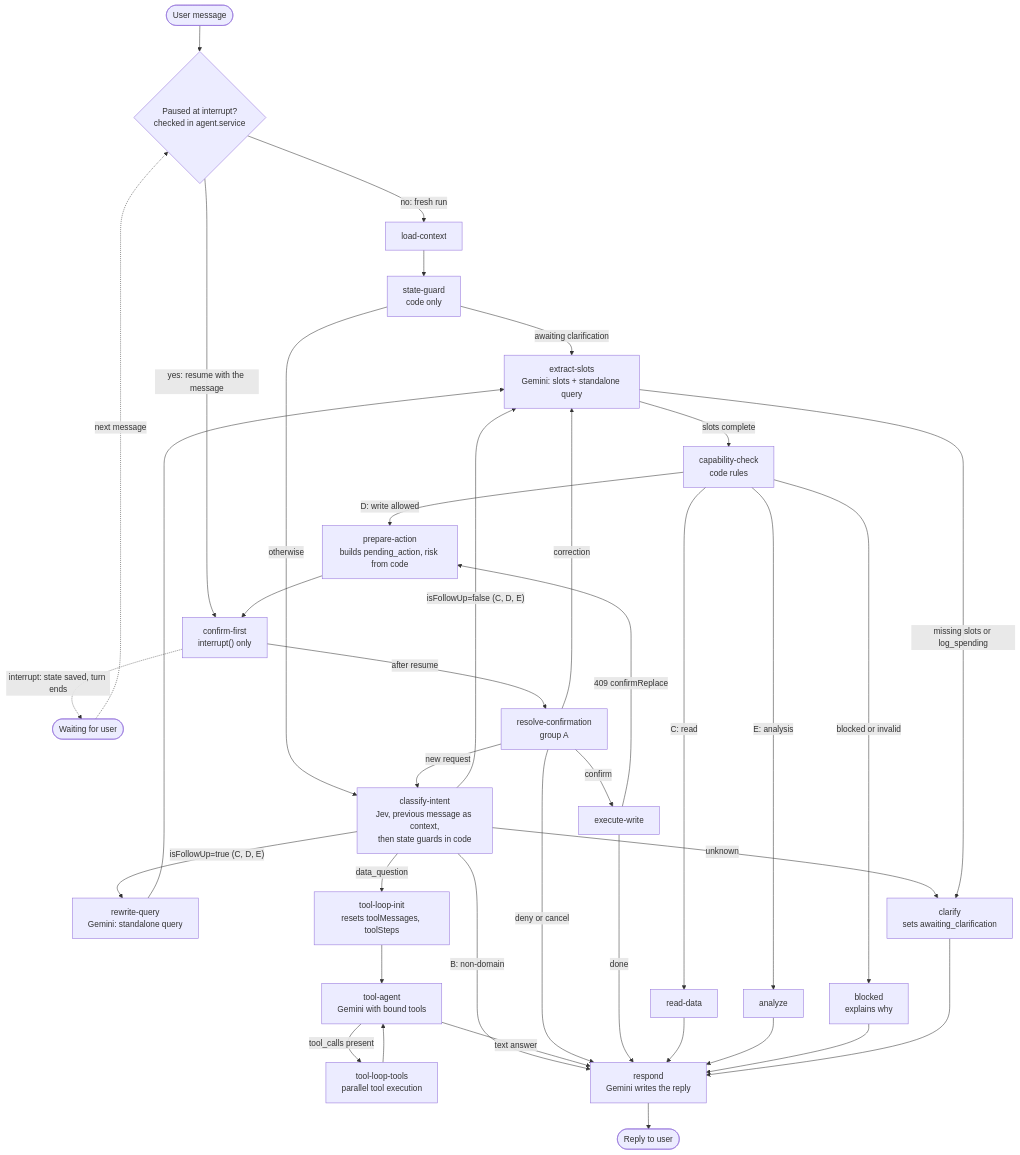
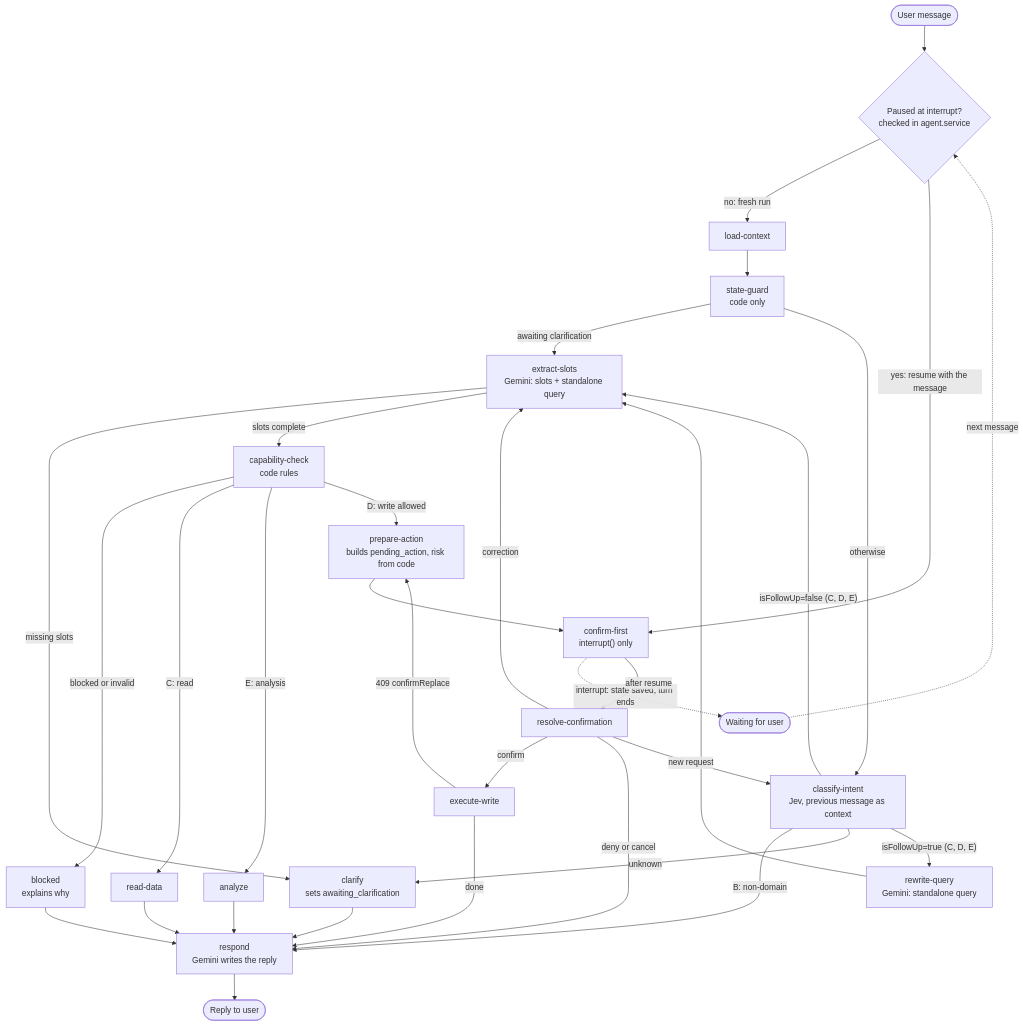
One commit to junielo/savvist-junielo changed the second of 2 diagrams in docs/CHAT_ASSISTANT.md. Above: the diagram before and after it, drawn with Mermaid. The commit also changed other lines of this file, not shown here.

First line of the commit message:
docs: streamline and condense chat assistant architecture guide

````diff
--- a/docs/CHAT_ASSISTANT.md
+++ b/docs/CHAT_ASSISTANT.md
@@ -184,73 +113,64 @@
 ```mermaid
 flowchart TD
     Start(["User message"])
     Entry{"Paused at interrupt?<br/>checked in agent.service"}
     Load["load-context"]
     Guard["state-guard<br/>code only"]
-    Classify["classify-intent<br/>Jev, previous message as context,<br/>then state guards in code"]
+    Classify["classify-intent<br/>Jev, previous message as context"]
     Rewrite["rewrite-query<br/>Gemini: standalone query"]
     Slots["extract-slots<br/>Gemini: slots + standalone query"]
     Clarify["clarify<br/>sets awaiting_clarification"]
     Cap["capability-check<br/>code rules"]
     Blocked["blocked<br/>explains why"]
     Read["read-data"]
     Analyze["analyze"]
-    ToolInit["tool-loop-init<br/>resets toolMessages, toolSteps"]
-    ToolAgent["tool-agent<br/>Gemini with bound tools"]
-    ToolTools["tool-loop-tools<br/>parallel tool execution"]
     Prepare["prepare-action<br/>builds pending_action, risk from code"]
     Confirm["confirm-first<br/>interrupt() only"]
     Wait(["Waiting for user"])
-    Resolve["resolve-confirmation<br/>group A"]
+    Resolve["resolve-confirmation"]
     Exec["execute-write"]
     Respond["respond<br/>Gemini writes the reply"]
     End(["Reply to user"])
 
     Start --> Entry
     Entry -->|"no: fresh run"| Load
     Entry -->|"yes: resume with the message"| Confirm
 
     Load --> Guard
     Guard -->|"awaiting clarification"| Slots
     Guard -->|"otherwise"| Classify
 
     Classify -->|"B: non-domain"| Respond
     Classify -->|"unknown"| Clarify
-    Classify -->|"data_question"| ToolInit
     Classify -->|"isFollowUp=true (C, D, E)"| Rewrite
     Classify -->|"isFollowUp=false (C, D, E)"| Slots
 
     Rewrite --> Slots
 
-    Slots -->|"missing slots or log_spending"| Clarify
+    Slots -->|"missing slots"| Clarify
     Slots -->|"slots complete"| Cap
 
     Cap -->|"blocked or invalid"| Blocked
     Cap -->|"C: read"| Read
     Cap -->|"E: analysis"| Analyze
     Cap -->|"D: write allowed"| Prepare
-
-    ToolInit --> ToolAgent
-    ToolAgent -->|"tool_calls present"| ToolTools
-    ToolAgent -->|"text answer"| Respond
-    ToolTools --> ToolAgent
 
     Prepare --> Confirm
     Confirm -.->|"interrupt: state saved, turn ends"| Wait
     Wait -.->|"next message"| Entry
     Confirm -->|"after resume"| Resolve
 
     Resolve -->|"confirm"| Exec
     Resolve -->|"deny or cancel"| Respond
     Resolve -->|"correction"| Slots
     Resolve -->|"new request"| Classify
 
     Exec -->|"409 confirmReplace"| Prepare
     Exec -->|"done"| Respond
 
     Read --> Respond
     Analyze --> Respond
     Blocked --> Respond
     Clarify --> Respond
     Respond --> End
 ```
````
